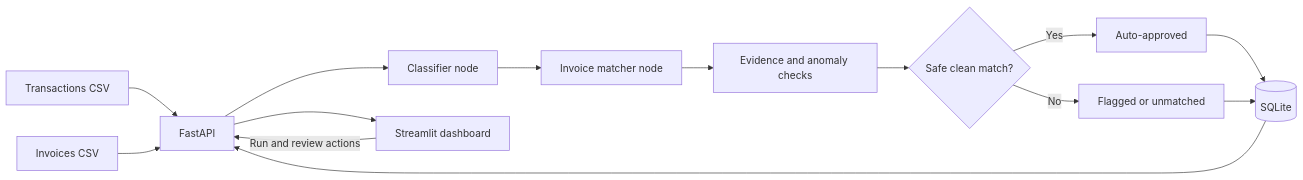
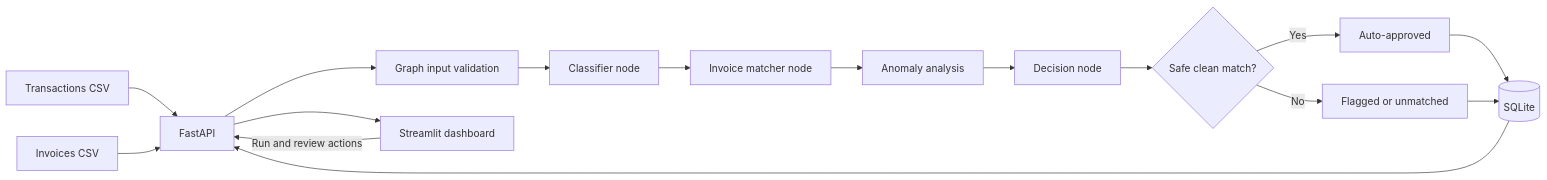
The diagram in README.md (aniketchauhan16/FINAUDIT-AI), drawn with Mermaid before and after one commit. The commit also changed other lines of this file and 6 other files, not shown here.

````diff
--- a/README.md
+++ b/README.md
@@ -21,16 +21,18 @@
 ```mermaid
 flowchart LR
     TX[Transactions CSV] --> API[FastAPI]
     INV[Invoices CSV] --> API
-    API --> CLASSIFY[Classifier node]
+    API --> VALIDATE[Graph input validation]
+    VALIDATE --> CLASSIFY[Classifier node]
     CLASSIFY --> MATCH[Invoice matcher node]
-    MATCH --> ANALYZE[Evidence and anomaly checks]
-    ANALYZE --> ROUTE{Safe clean match?}
+    MATCH --> ANALYZE[Anomaly analysis]
+    ANALYZE --> DECIDE[Decision node]
+    DECIDE --> ROUTE{Safe clean match?}
     ROUTE -->|Yes| CLEAN[Auto-approved]
     ROUTE -->|No| REVIEW[Flagged or unmatched]
     CLEAN --> DB[(SQLite)]
     REVIEW --> DB
     DB --> API
     API --> DASH[Streamlit dashboard]
     DASH -->|Run and review actions| API
 ```
````
